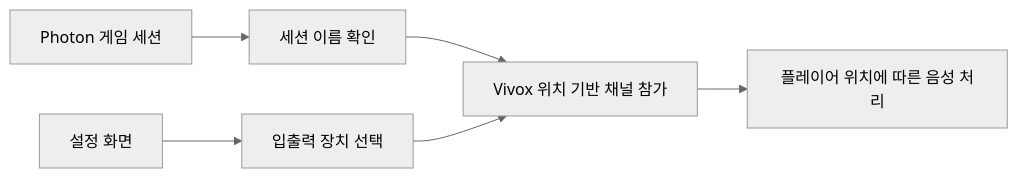
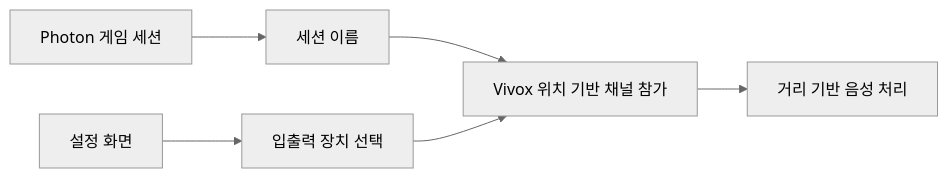
Before and after one commit to chaaaron000/game-project-code-archive: the fourth of 4 diagrams in Nostalgia/README.md, drawn with Mermaid (neutral theme). The commit also changed other lines of this file, not shown here.

````diff
--- a/Nostalgia/README.md
+++ b/Nostalgia/README.md
@@ -100,8 +78,8 @@
 ```mermaid
 flowchart LR
-    A[Photon 게임 세션] --> B[세션 이름 확인]
+    A[Photon 게임 세션] --> B[세션 이름]
     B --> C[Vivox 위치 기반 채널 참가]
-    C --> D[플레이어 위치에 따른 음성 처리]
+    C --> D[거리 기반 음성 처리]
     E[설정 화면] --> F[입출력 장치 선택]
     F --> C
 ```
````
